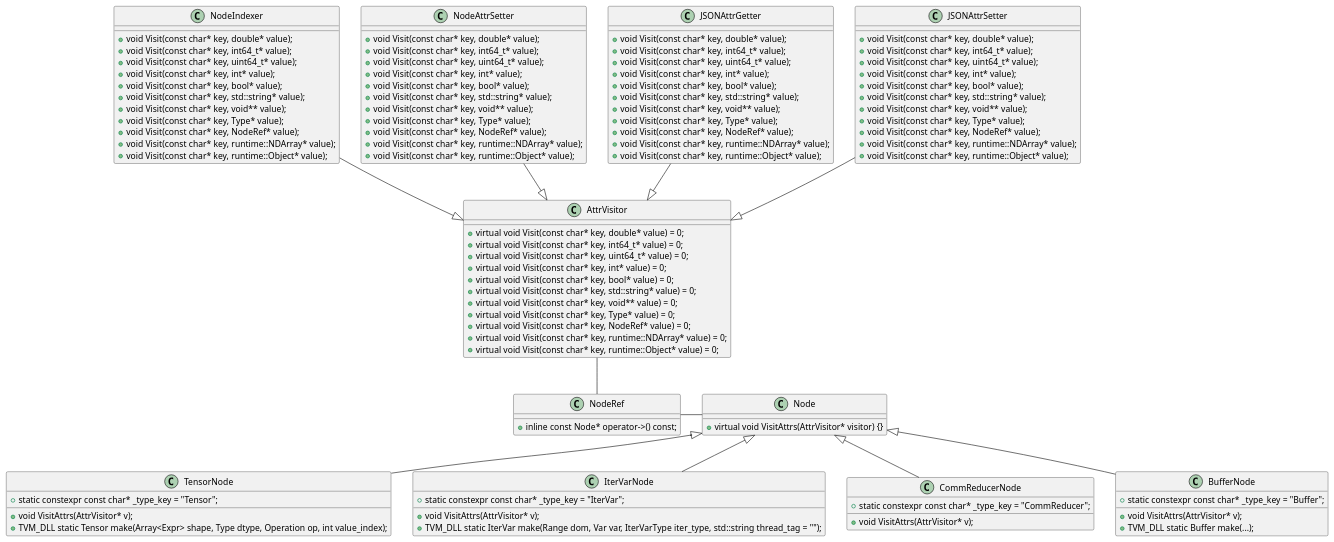
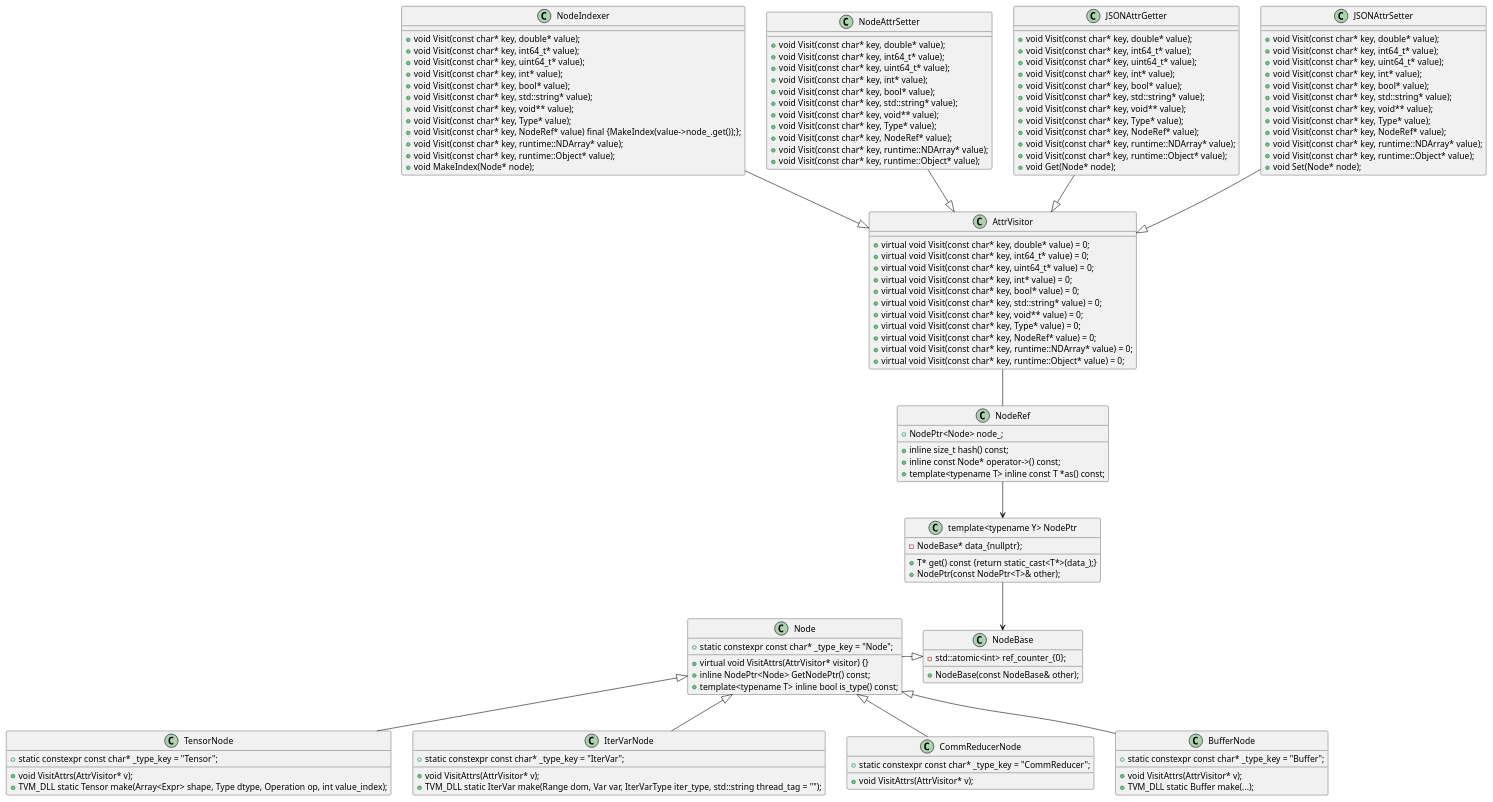
Before and after one commit to chsgcxy/messy_notes: the diagram in tvm/node-class.plantuml, drawn with PlantUML. The commit also changed 3 other files, not shown here.

```diff
--- a/tvm/node-class.plantuml
+++ b/tvm/node-class.plantuml
@@ -1,118 +1,140 @@
 @startuml tvm-class-diagram
 
 class AttrVisitor {
     {method} +virtual void Visit(const char* key, double* value) = 0;
     {method} +virtual void Visit(const char* key, int64_t* value) = 0;
     {method} +virtual void Visit(const char* key, uint64_t* value) = 0;
     {method} +virtual void Visit(const char* key, int* value) = 0;
     {method} +virtual void Visit(const char* key, bool* value) = 0;
     {method} +virtual void Visit(const char* key, std::string* value) = 0;
     {method} +virtual void Visit(const char* key, void** value) = 0;
     {method} +virtual void Visit(const char* key, Type* value) = 0;
     {method} +virtual void Visit(const char* key, NodeRef* value) = 0;
     {method} +virtual void Visit(const char* key, runtime::NDArray* value) = 0;
     {method} +virtual void Visit(const char* key, runtime::Object* value) = 0;
 }
 
 class NodeIndexer {
     {method} +void Visit(const char* key, double* value);
     {method} +void Visit(const char* key, int64_t* value);
     {method} +void Visit(const char* key, uint64_t* value);
     {method} +void Visit(const char* key, int* value);
     {method} +void Visit(const char* key, bool* value);
     {method} +void Visit(const char* key, std::string* value);
     {method} +void Visit(const char* key, void** value);
     {method} +void Visit(const char* key, Type* value);
-    {method} +void Visit(const char* key, NodeRef* value);
+    {method} +void Visit(const char* key, NodeRef* value) final {MakeIndex(value->node_.get());};
     {method} +void Visit(const char* key, runtime::NDArray* value);
-    {method} +void Visit(const char* key, runtime::Object* value);    
+    {method} +void Visit(const char* key, runtime::Object* value);
+    {method} +void MakeIndex(Node* node);
 }
 
 class NodeAttrSetter {
     {method} +void Visit(const char* key, double* value);
     {method} +void Visit(const char* key, int64_t* value);
     {method} +void Visit(const char* key, uint64_t* value);
     {method} +void Visit(const char* key, int* value);
     {method} +void Visit(const char* key, bool* value);
     {method} +void Visit(const char* key, std::string* value);
     {method} +void Visit(const char* key, void** value);
     {method} +void Visit(const char* key, Type* value);
     {method} +void Visit(const char* key, NodeRef* value);
     {method} +void Visit(const char* key, runtime::NDArray* value);
     {method} +void Visit(const char* key, runtime::Object* value);    
 }
 
 class JSONAttrGetter {
     {method} +void Visit(const char* key, double* value);
     {method} +void Visit(const char* key, int64_t* value);
     {method} +void Visit(const char* key, uint64_t* value);
     {method} +void Visit(const char* key, int* value);
     {method} +void Visit(const char* key, bool* value);
     {method} +void Visit(const char* key, std::string* value);
     {method} +void Visit(const char* key, void** value);
     {method} +void Visit(const char* key, Type* value);
     {method} +void Visit(const char* key, NodeRef* value);
     {method} +void Visit(const char* key, runtime::NDArray* value);
-    {method} +void Visit(const char* key, runtime::Object* value);    
+    {method} +void Visit(const char* key, runtime::Object* value);
+    {method} +void Get(Node* node);   
 }
 
 class JSONAttrSetter {
     {method} +void Visit(const char* key, double* value);
     {method} +void Visit(const char* key, int64_t* value);
     {method} +void Visit(const char* key, uint64_t* value);
     {method} +void Visit(const char* key, int* value);
     {method} +void Visit(const char* key, bool* value);
     {method} +void Visit(const char* key, std::string* value);
     {method} +void Visit(const char* key, void** value);
     {method} +void Visit(const char* key, Type* value);
     {method} +void Visit(const char* key, NodeRef* value);
     {method} +void Visit(const char* key, runtime::NDArray* value);
-    {method} +void Visit(const char* key, runtime::Object* value);    
+    {method} +void Visit(const char* key, runtime::Object* value);
+    {method} +void Set(Node* node);    
 }
 
 NodeIndexer --|> AttrVisitor
 NodeAttrSetter --|> AttrVisitor
 JSONAttrGetter --|> AttrVisitor
 JSONAttrSetter --|> AttrVisitor
 
 
 class Node {
+    {field} +static constexpr const char* _type_key = "Node";
     {method} +virtual void VisitAttrs(AttrVisitor* visitor) {}
+    {method} +inline NodePtr<Node> GetNodePtr() const;
+    {method} +template<typename T> inline bool is_type() const;
 }
 
 class TensorNode {
     {field} +static constexpr const char* _type_key = "Tensor";
     {method} +void VisitAttrs(AttrVisitor* v);
     {method} +TVM_DLL static Tensor make(Array<Expr> shape, Type dtype, Operation op, int value_index);
 }
 
 class IterVarNode {
     {field} +static constexpr const char* _type_key = "IterVar";
     {method} +void VisitAttrs(AttrVisitor* v);
     {method} +TVM_DLL static IterVar make(Range dom, Var var, IterVarType iter_type, std::string thread_tag = "");
 }
 
 class CommReducerNode {
     {field} +static constexpr const char* _type_key = "CommReducer";
     {method} +void VisitAttrs(AttrVisitor* v);
 }
 
 class BufferNode {
     {field} +static constexpr const char* _type_key = "Buffer";
     {method} +void VisitAttrs(AttrVisitor* v);
     {method} +TVM_DLL static Buffer make(...);
 }
 
 BufferNode -up-|> Node
 CommReducerNode -up-|> Node
 IterVarNode -up-|> Node
 TensorNode -up-|> Node
 
 class NodeRef {
-  {method} +inline const Node* operator->() const;
+    {field} +NodePtr<Node> node_;
+    {method} +inline size_t hash() const;
+    {method} +inline const Node* operator->() const;
+    {method} +template<typename T> inline const T *as() const;
 }
 
+class "template<typename Y> NodePtr" as NodePtr{
+    {field} -NodeBase* data_{nullptr};
+    {method} +T* get() const {return static_cast<T*>(data_);}
+    {method} +NodePtr(const NodePtr<T>& other);
+}
+
+class NodeBase {
+    {field} -std::atomic<int> ref_counter_{0};
+    {method} +NodeBase(const NodeBase& other);
+}
+
+Node -right-|> NodeBase
 NodeRef -up- AttrVisitor
-Node -left- NodeRef
+NodePtr --> NodeBase 
+NodeRef --> NodePtr
 
 @enduml
```
